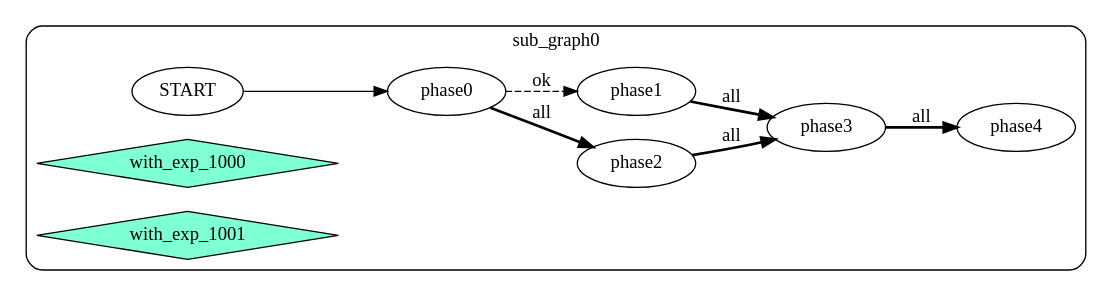
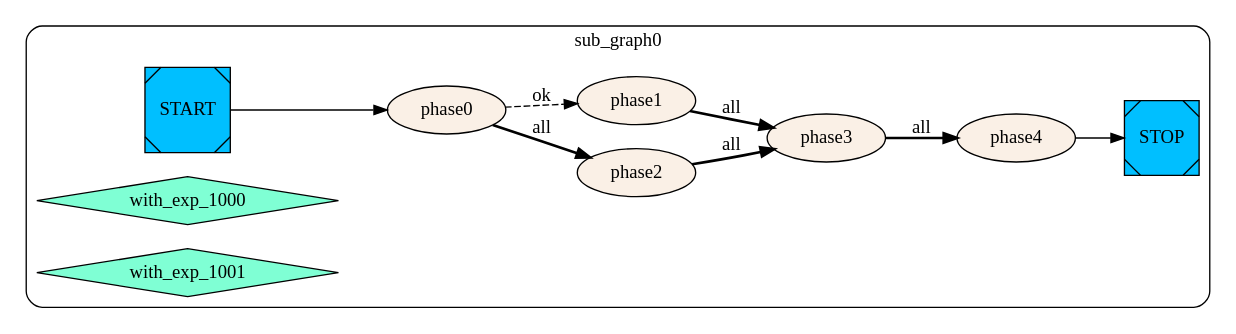
Before and after one commit to yinqiwen/myctk: the diagram in didagle/example/example2.toml.dot, drawn with Graphviz. The commit also changed 19 other files, not shown here.

```diff
--- a/didagle/example/example2.toml.dot
+++ b/didagle/example/example2.toml.dot
@@ -1,20 +1,21 @@
 digraph G {
     rankdir=LR;
   subgraph cluster_sub_graph0{
     style = rounded;
     label = "sub_graph0";
-    sub_graph0__START__ [label="START"];
-    sub_graph0_phase4 [label="phase4"];
-    sub_graph0_phase0 [label="phase0"];
-    sub_graph0_phase3 [label="phase3"];
-    sub_graph0_phase2 [label="phase2"];
-    sub_graph0_phase1 [label="phase1"];
+    sub_graph0__START__[color=black fillcolor=deepskyblue style=filled shape=Msquare label="START"];
+    sub_graph0__STOP__[color=black fillcolor=deepskyblue style=filled shape=Msquare label="STOP"];
+    sub_graph0_phase4 [label="phase4" color=black fillcolor=linen style=filled];
+    sub_graph0_phase0 [label="phase0" color=black fillcolor=linen style=filled];
+    sub_graph0_phase3 [label="phase3" color=black fillcolor=linen style=filled];
+    sub_graph0_phase2 [label="phase2" color=black fillcolor=linen style=filled];
+    sub_graph0_phase1 [label="phase1" color=black fillcolor=linen style=filled];
     sub_graph0_with_exp_1000 [label="with_exp_1000" shape=diamond color=black fillcolor=aquamarine style=filled];
     sub_graph0_with_exp_1001 [label="with_exp_1001" shape=diamond color=black fillcolor=aquamarine style=filled];
-    sub_graph0_phase3 -> sub_graph0_phase4 [style=bold label="all"];
+    sub_graph0_phase4 -> sub_graph0__STOP__    sub_graph0_phase3 -> sub_graph0_phase4 [style=bold label="all"];
     sub_graph0__START__ -> sub_graph0_phase0    sub_graph0_phase2 -> sub_graph0_phase3 [style=bold label="all"];
     sub_graph0_phase1 -> sub_graph0_phase3 [style=bold label="all"];
     sub_graph0_phase0 -> sub_graph0_phase2 [style=bold label="all"];
     sub_graph0_phase0 -> sub_graph0_phase1 [style=dashed label="ok"];
 };
 }
```
